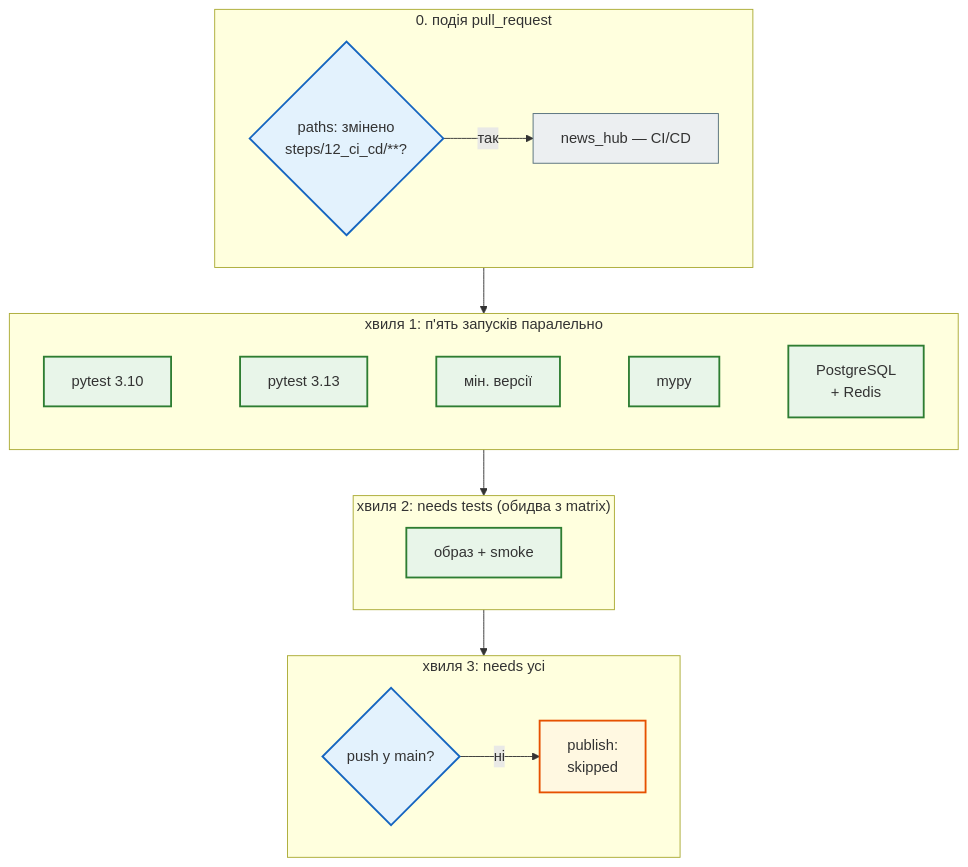
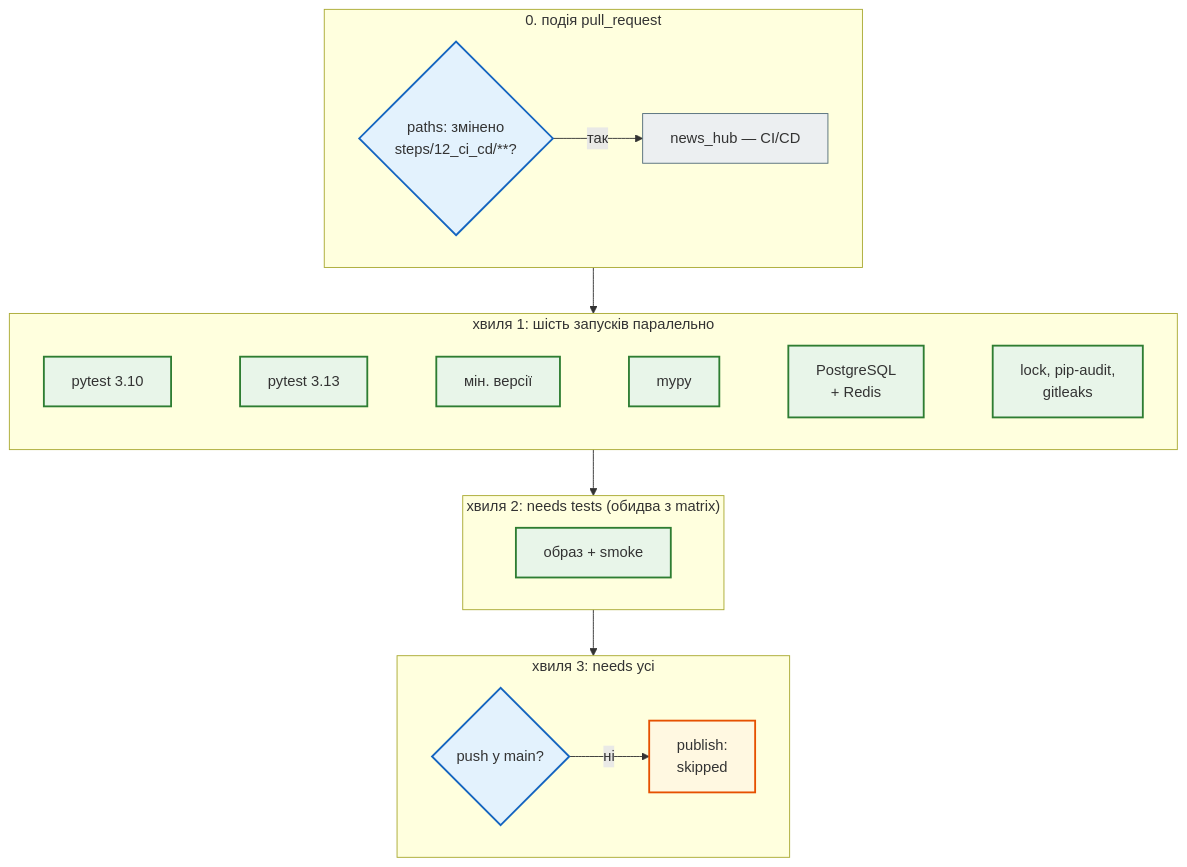
One commit to NikoriakViktor/news_hub changed the first of 2 diagrams in docs/tutorials/12_ci_cd/order_and_parallel.md. Above: the diagram before and after it, drawn with Mermaid. The commit also changed other lines of this file and 268 other files, not shown here.

````diff
--- a/docs/tutorials/12_ci_cd/order_and_parallel.md
+++ b/docs/tutorials/12_ci_cd/order_and_parallel.md
@@ -79,31 +80,31 @@
 ```mermaid
 flowchart TD
     classDef step     fill:#eceff1,stroke:#546e7a,stroke-width:1px;
     classDef decision fill:#e3f2fd,stroke:#1565c0,stroke-width:2px;
     classDef success  fill:#e8f5e9,stroke:#2e7d32,stroke-width:2px;
     classDef error    fill:#ffebee,stroke:#c62828,stroke-width:3px;
     classDef warning  fill:#fff8e1,stroke:#e65100,stroke-width:2px;
 
     subgraph T0 ["0. подія pull_request"]
         direction LR
         P0{"paths: змінено<br>steps/12_ci_cd/**?"} -- "так" --> Q0["news_hub — CI/CD"]
     end
-    subgraph T1 ["хвиля 1: п'ять запусків паралельно"]
+    subgraph T1 ["хвиля 1: шість запусків паралельно"]
         direction LR
-        A1["pytest 3.10"] ~~~ B1["pytest 3.13"] ~~~ C1["мін. версії"] ~~~ D1["mypy"] ~~~ E1["PostgreSQL<br>+ Redis"]
+        A1["pytest 3.10"] ~~~ B1["pytest 3.13"] ~~~ C1["мін. версії"] ~~~ D1["mypy"] ~~~ E1["PostgreSQL<br>+ Redis"] ~~~ K1["lock, pip-audit,<br>gitleaks"]
     end
     subgraph T2 ["хвиля 2: needs tests (обидва з matrix)"]
         direction LR
         F2["образ + smoke"]
     end
     subgraph T3 ["хвиля 3: needs усі"]
         direction LR
         G3{"push у main?"} -- "ні" --> H3["publish:<br>skipped"]
     end
     T0 --> T1 --> T2 --> T3
 
     class P0,G3 decision
     class Q0 step
-    class A1,B1,C1,D1,E1,F2 success
+    class A1,B1,C1,D1,E1,K1,F2 success
     class H3 warning
 ```
````
